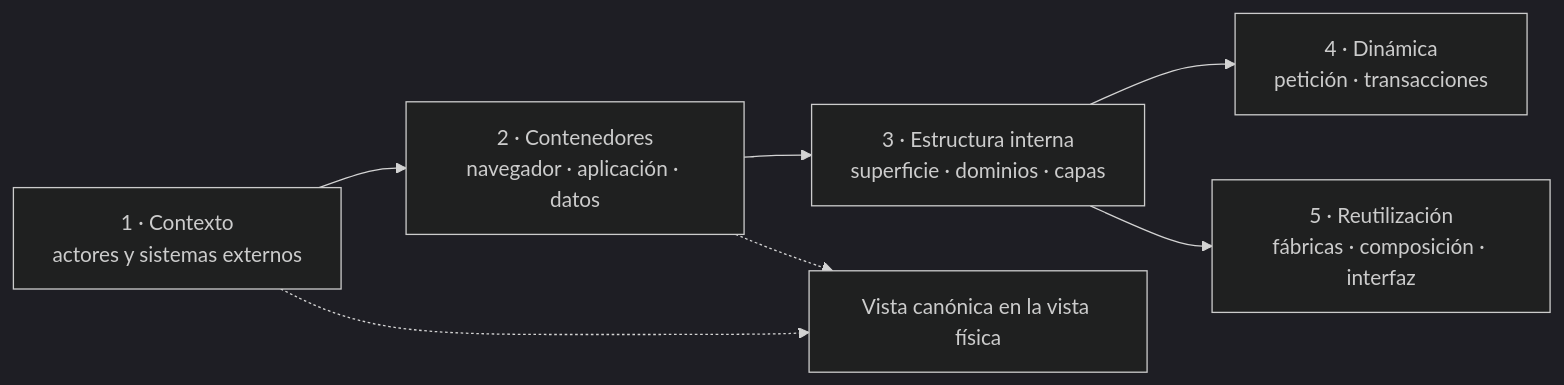
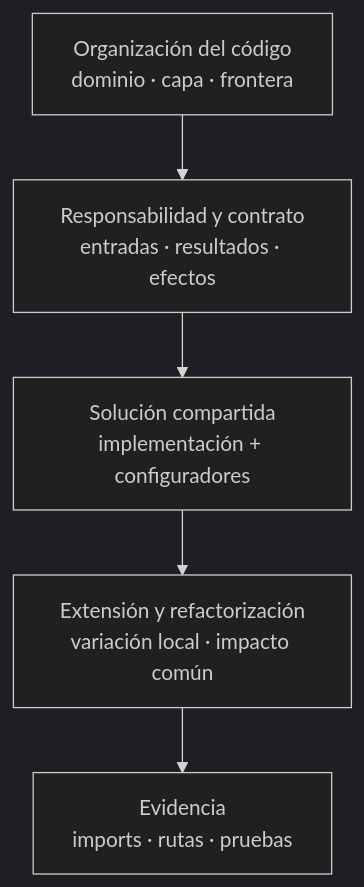
The diagram in docs/architecture/views/development/code-diagrams/02-pattern-of-organization-of-the-views.md (gpgsistemas01/nexus), drawn with Mermaid (dark theme) before and after one commit. The commit also changed other lines of this file and 27 other files, not shown here.

Commit message:
docs: reestructurar vista de desarrollo y visualizar reutilización y refactorización

````diff
--- a/docs/architecture/views/development/code-diagrams/02-pattern-of-organization-of-the-views.md
+++ b/docs/architecture/views/development/code-diagrams/02-pattern-of-organization-of-the-views.md
@@ -9,10 +12,7 @@
 ```mermaid
-flowchart LR
-    context["1 · Contexto\nactores y sistemas externos"] --> containers["2 · Contenedores\nnavegador · aplicación · datos"]
-    containers --> structure["3 · Estructura interna\nsuperficie · dominios · capas"]
-    structure --> dynamics["4 · Dinámica\npetición · transacciones"]
-    structure --> reuse["5 · Reutilización\nfábricas · composición · interfaz"]
-
-    context -.-> canonical["Vista canónica en la vista física"]
-    containers -.-> canonical
+flowchart TB
+    structure["Organización del código<br/>dominio · capa · frontera"] --> contract["Responsabilidad y contrato<br/>entradas · resultados · efectos"]
+    contract --> reuse["Solución compartida<br/>implementación + configuradores"]
+    reuse --> extension["Extensión y refactorización<br/>variación local · impacto común"]
+    extension --> evidence["Evidencia<br/>imports · rutas · pruebas"]
 ```
````
